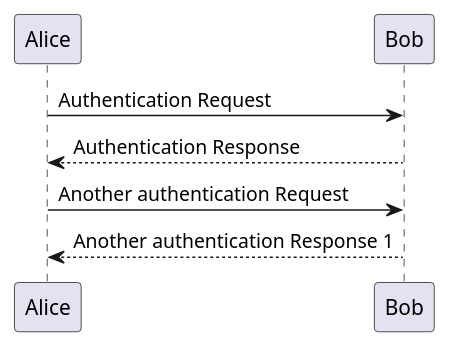
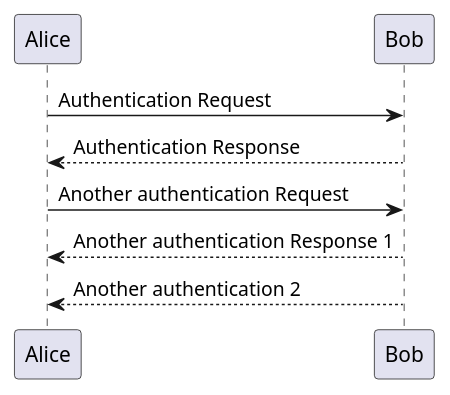
Before and after one commit to hanguyenhaidang/Demo-Signin-Facebook-and-Google: the diagram in README.md, drawn with PlantUML.

````diff
--- a/README.md
+++ b/README.md
@@ -1,9 +1,10 @@
 ```plantuml
 @startuml
 Alice -> Bob: Authentication Request
 Bob --> Alice: Authentication Response
 
 Alice -> Bob: Another authentication Request
 Alice <-- Bob: Another authentication Response 1
+Alice <-- Bob: Another authentication 2
 @enduml
 ```
````
